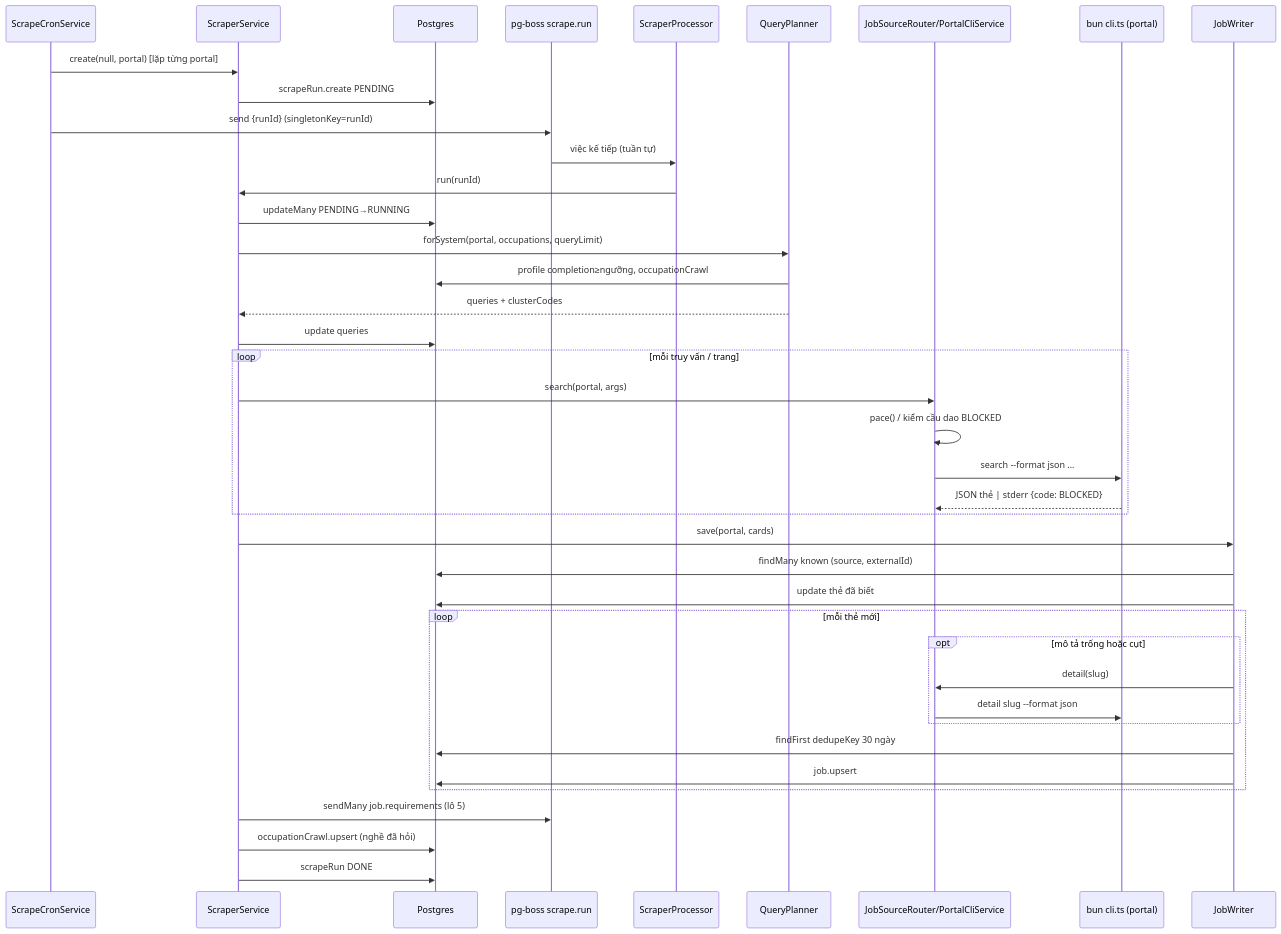
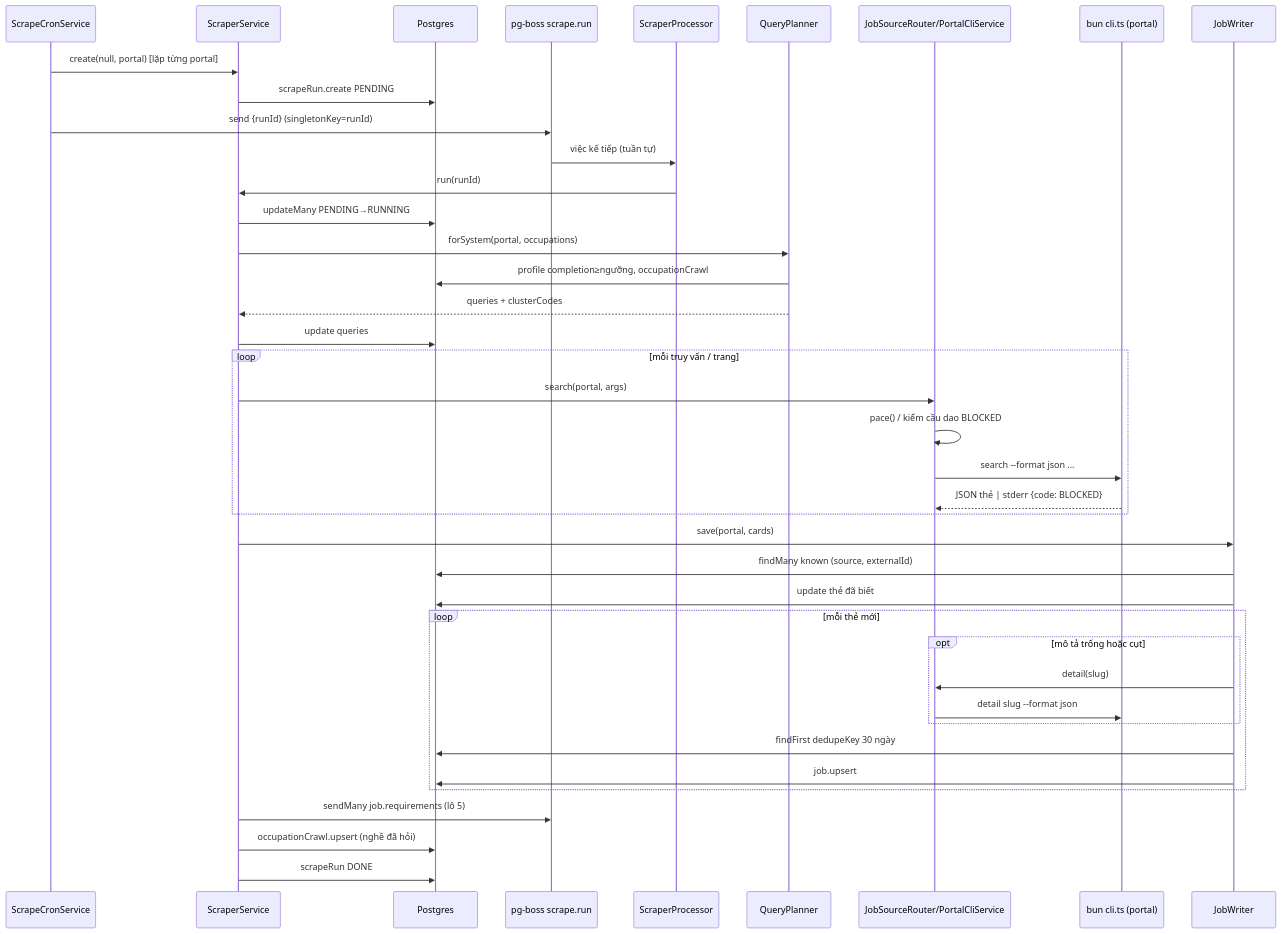
One commit to BuiThienHoang221204/ai-job-search changed the second of 4 diagrams in docs/business-flows/modules/job-scraping.md. Above: the diagram before and after it, drawn with Mermaid. The commit also changed other lines of this file and 16 other files, not shown here.

````diff
--- a/docs/business-flows/modules/job-scraping.md
+++ b/docs/business-flows/modules/job-scraping.md
@@ -240,42 +240,42 @@
 ```mermaid
 sequenceDiagram
     participant CR as ScrapeCronService
     participant SS as ScraperService
     participant DB as Postgres
     participant Q as pg-boss scrape.run
     participant P as ScraperProcessor
     participant QP as QueryPlanner
     participant R as JobSourceRouter/PortalCliService
     participant CLI as bun cli.ts (portal)
     participant JW as JobWriter
     CR->>SS: create(null, portal) [lặp từng portal]
     SS->>DB: scrapeRun.create PENDING
     CR->>Q: send {runId} (singletonKey=runId)
     Q->>P: việc kế tiếp (tuần tự)
     P->>SS: run(runId)
     SS->>DB: updateMany PENDING→RUNNING
-    SS->>QP: forSystem(portal, occupations, queryLimit)
+    SS->>QP: forSystem(portal, occupations)
     QP->>DB: profile completion≥ngưỡng, occupationCrawl
     QP-->>SS: queries + clusterCodes
     SS->>DB: update queries
     loop mỗi truy vấn / trang
         SS->>R: search(portal, args)
         R->>R: pace() / kiểm cầu dao BLOCKED
         R->>CLI: search --format json ...
         CLI-->>R: JSON thẻ | stderr {code: BLOCKED}
     end
     SS->>JW: save(portal, cards)
     JW->>DB: findMany known (source, externalId)
     JW->>DB: update thẻ đã biết
     loop mỗi thẻ mới
         opt mô tả trống hoặc cụt
             JW->>R: detail(slug)
             R->>CLI: detail slug --format json
         end
         JW->>DB: findFirst dedupeKey 30 ngày
         JW->>DB: job.upsert
     end
     SS->>Q: sendMany job.requirements (lô 5)
     SS->>DB: occupationCrawl.upsert (nghề đã hỏi)
     SS->>DB: scrapeRun DONE
 ```
````
